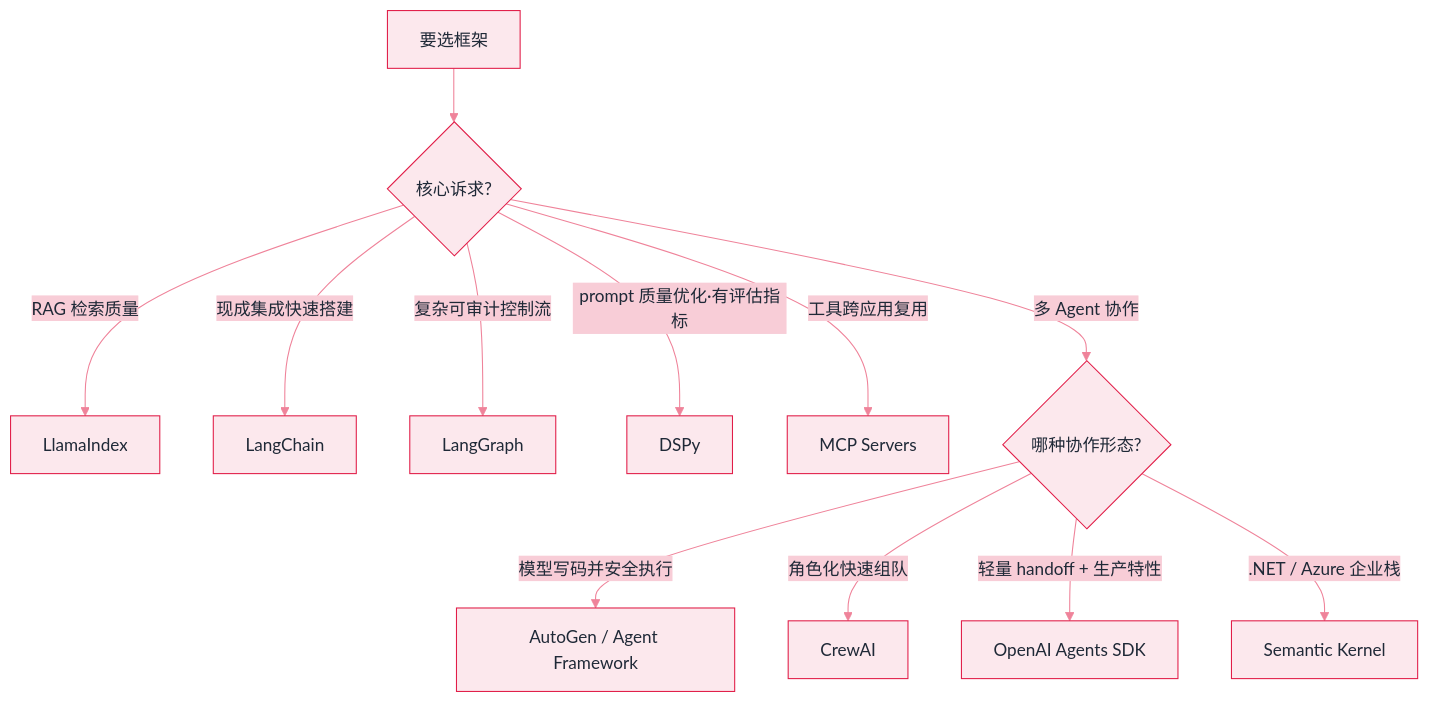
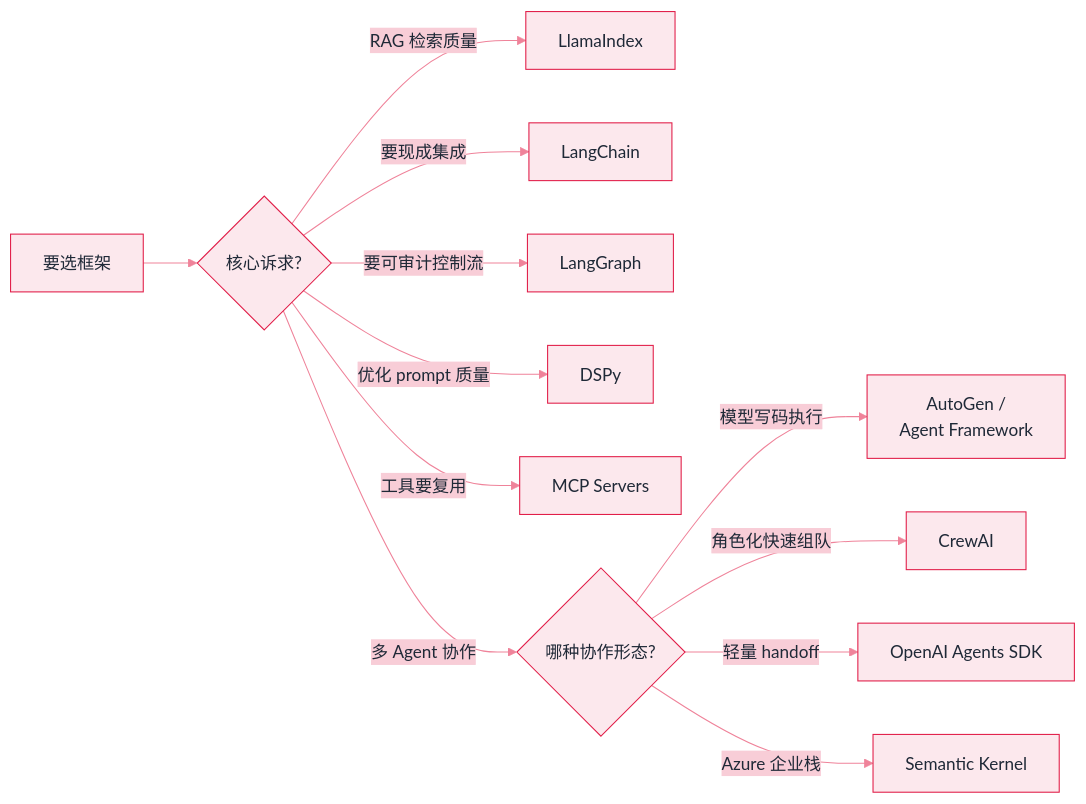
The diagram in docs/09-frameworks/README.md (funny8kids/ai-agent-handbook), drawn with Mermaid before and after one commit. The commit also changed 17 other files, not shown here.

First line of the commit message:
Fix 17 Mermaid diagrams that GitBook was scaling into unreadable text

````diff
--- a/docs/09-frameworks/README.md
+++ b/docs/09-frameworks/README.md
@@ -33,15 +33,15 @@
 ```mermaid
 %%{init: {"theme":"base","themeVariables":{"primaryColor":"#FCE8ED","primaryBorderColor":"#E11D48","primaryTextColor":"#1F2937","secondaryColor":"#F8CDD7","tertiaryColor":"#FEF6F8","lineColor":"#EF839A","actorBkg":"#FDEDF0","actorBorder":"#E11D48","actorTextColor":"#1F2937","signalColor":"#EA617F","noteBkgColor":"#FAD6DE","noteBorderColor":"#E11D48","noteTextColor":"#1F2937","labelBoxBkgColor":"#FCE8ED","labelBoxBorderColor":"#E11D48"}}}%%
-flowchart TD
+flowchart LR
   A[要选框架] --> B{核心诉求?}
   B -->|RAG 检索质量| LI[LlamaIndex]
-  B -->|现成集成快速搭建| LC[LangChain]
-  B -->|复杂可审计控制流| LG[LangGraph]
-  B -->|prompt 质量优化·有评估指标| DS[DSPy]
-  B -->|工具跨应用复用| MC[MCP Servers]
+  B -->|要现成集成| LC[LangChain]
+  B -->|要可审计控制流| LG[LangGraph]
+  B -->|优化 prompt 质量| DS[DSPy]
+  B -->|工具要复用| MC[MCP Servers]
   B -->|多 Agent 协作| C{哪种协作形态?}
-  C -->|模型写码并安全执行| AG[AutoGen / Agent Framework]
+  C -->|模型写码执行| AG["AutoGen /<br/>Agent Framework"]
   C -->|角色化快速组队| CR[CrewAI]
-  C -->|轻量 handoff + 生产特性| OA[OpenAI Agents SDK]
-  C -->|.NET / Azure 企业栈| SK[Semantic Kernel]
+  C -->|轻量 handoff| OA[OpenAI Agents SDK]
+  C -->|Azure 企业栈| SK[Semantic Kernel]
 ```
````
